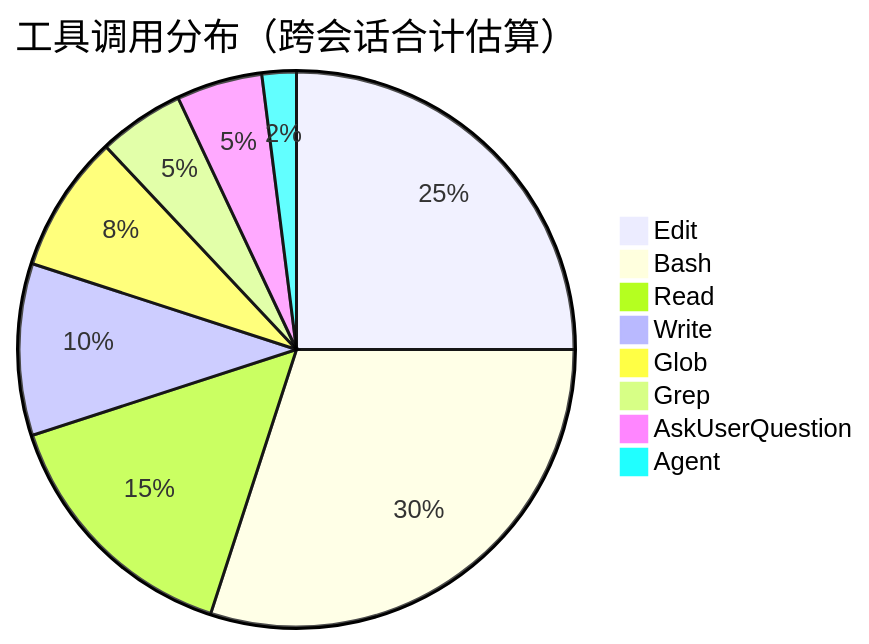
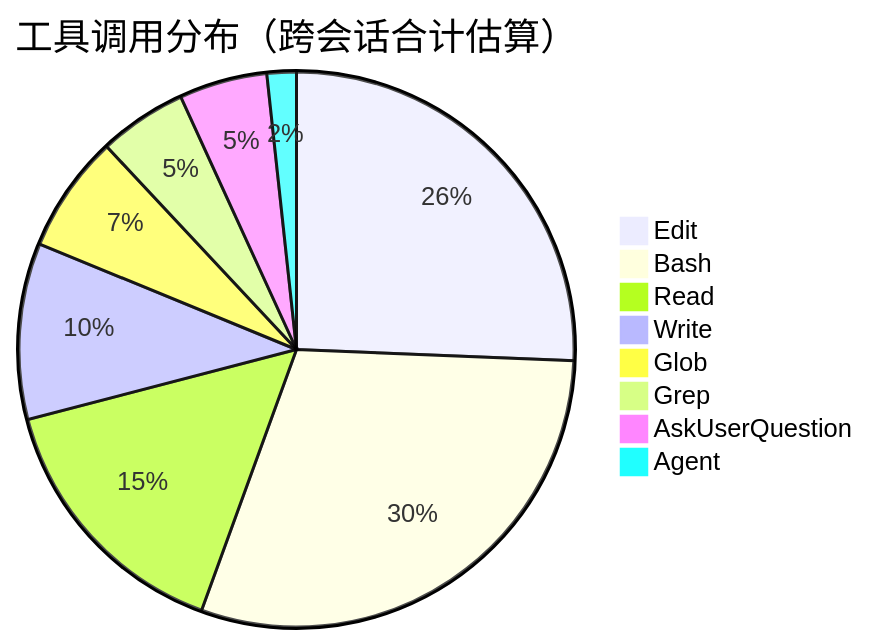
One commit to chujun/aiubuntu1-sh changed the fourth of 10 diagrams in doc/ai-explore/2026-04-11-my-explore-doc-record技能优化实践探索之旅.md. Above: the diagram before and after it, drawn with Mermaid. The commit also changed other lines of this file, not shown here.

````diff
--- a/doc/ai-explore/2026-04-11-my-explore-doc-record技能优化实践探索之旅.md
+++ b/doc/ai-explore/2026-04-11-my-explore-doc-record技能优化实践探索之旅.md
@@ -198,11 +213,11 @@
 ```mermaid
 pie title 工具调用分布（跨会话合计估算）
-    "Edit" : 25
-    "Bash" : 30
-    "Read" : 15
-    "Write" : 10
+    "Edit" : 30
+    "Bash" : 35
+    "Read" : 18
+    "Write" : 12
     "Glob" : 8
-    "Grep" : 5
-    "AskUserQuestion" : 5
+    "Grep" : 6
+    "AskUserQuestion" : 6
     "Agent" : 2
 ```
````
